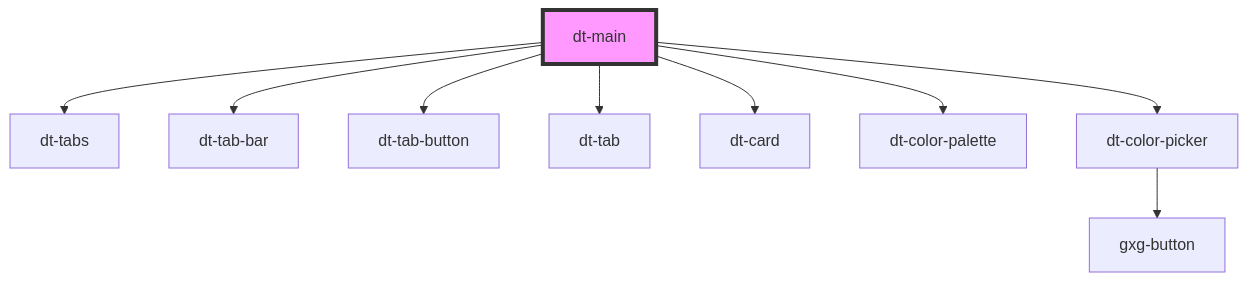
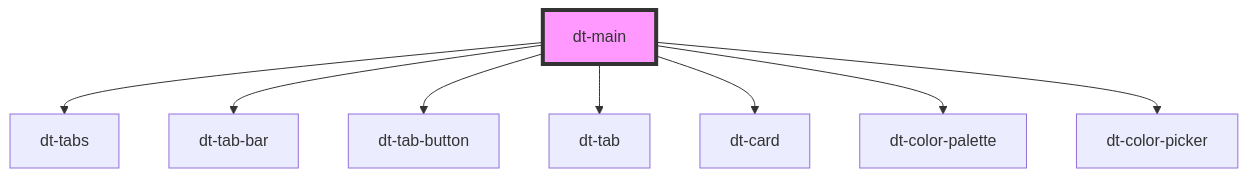
One commit to genexuslabs/design-tokens-editor changed the diagram in src/components/main/readme.md. Above: the diagram before and after it, drawn with Mermaid. The commit also changed 5 other files, not shown here.

````diff
--- a/src/components/main/readme.md
+++ b/src/components/main/readme.md
@@ -28,12 +28,11 @@
 ```mermaid
 graph TD;
   dt-main --> dt-tabs
   dt-main --> dt-tab-bar
   dt-main --> dt-tab-button
   dt-main --> dt-tab
   dt-main --> dt-card
   dt-main --> dt-color-palette
   dt-main --> dt-color-picker
-  dt-color-picker --> gxg-button
   style dt-main fill:#f9f,stroke:#333,stroke-width:4px
 ```
````
